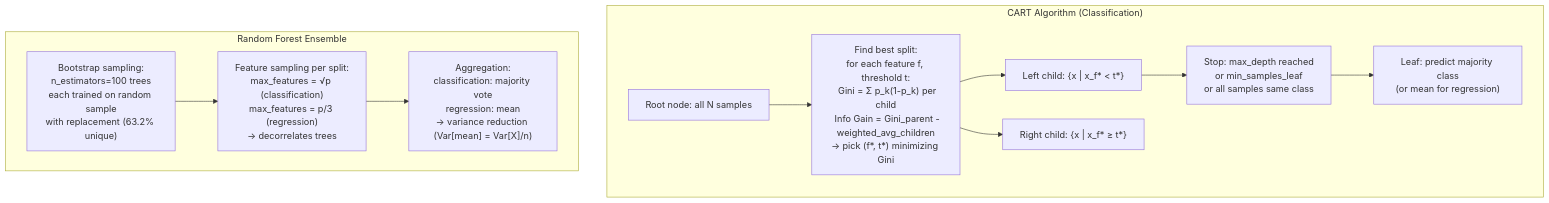
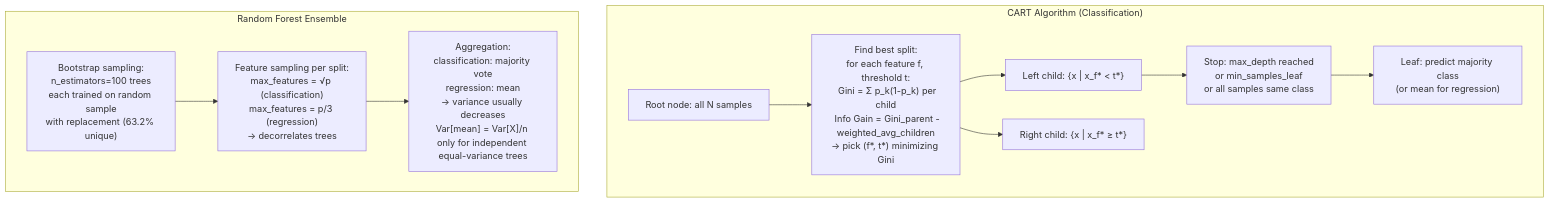
Diagram 13 of 24 in content/docs/books/cs-reference/ko/ml-ai-internals.md (choisimo/document), drawn with Mermaid before and after one commit. The commit also changed other lines of this file and 504 other files, not shown here.

````diff
--- a/content/docs/books/cs-reference/ko/ml-ai-internals.md
+++ b/content/docs/books/cs-reference/ko/ml-ai-internals.md
@@ -285,20 +287,20 @@
 ```mermaid
 flowchart TD
     subgraph "CART Algorithm (Classification)"
         Root["Root node: all N samples"]
         Split["Find best split:\nfor each feature f, threshold t:\n  Gini = Σ p_k(1-p_k) per child\n  Info Gain = Gini_parent - weighted_avg_children\n→ pick (f*, t*) minimizing Gini"]
         Left["Left child: {x | x_f* < t*}"]
         Right["Right child: {x | x_f* ≥ t*}"]
         Stop["Stop: max_depth reached\nor min_samples_leaf\nor all samples same class"]
         Leaf["Leaf: predict majority class\n(or mean for regression)"]
         Root --> Split --> Left & Right
         Left --> Stop --> Leaf
     end
 
     subgraph "Random Forest Ensemble"
         Bootstrap["Bootstrap sampling:\nn_estimators=100 trees\neach trained on random sample\nwith replacement (63.2% unique)"]
         FeatureSample["Feature sampling per split:\nmax_features = √p (classification)\nmax_features = p/3 (regression)\n→ decorrelates trees"]
-        Aggregate["Aggregation:\nclassification: majority vote\nregression: mean\n→ variance reduction (Var[mean] = Var[X]/n)"]
+        Aggregate["Aggregation:\nclassification: majority vote\nregression: mean\n→ variance usually decreases\nVar[mean] = Var[X]/n only for independent equal-variance trees"]
         Bootstrap --> FeatureSample --> Aggregate
     end
 ```
````
